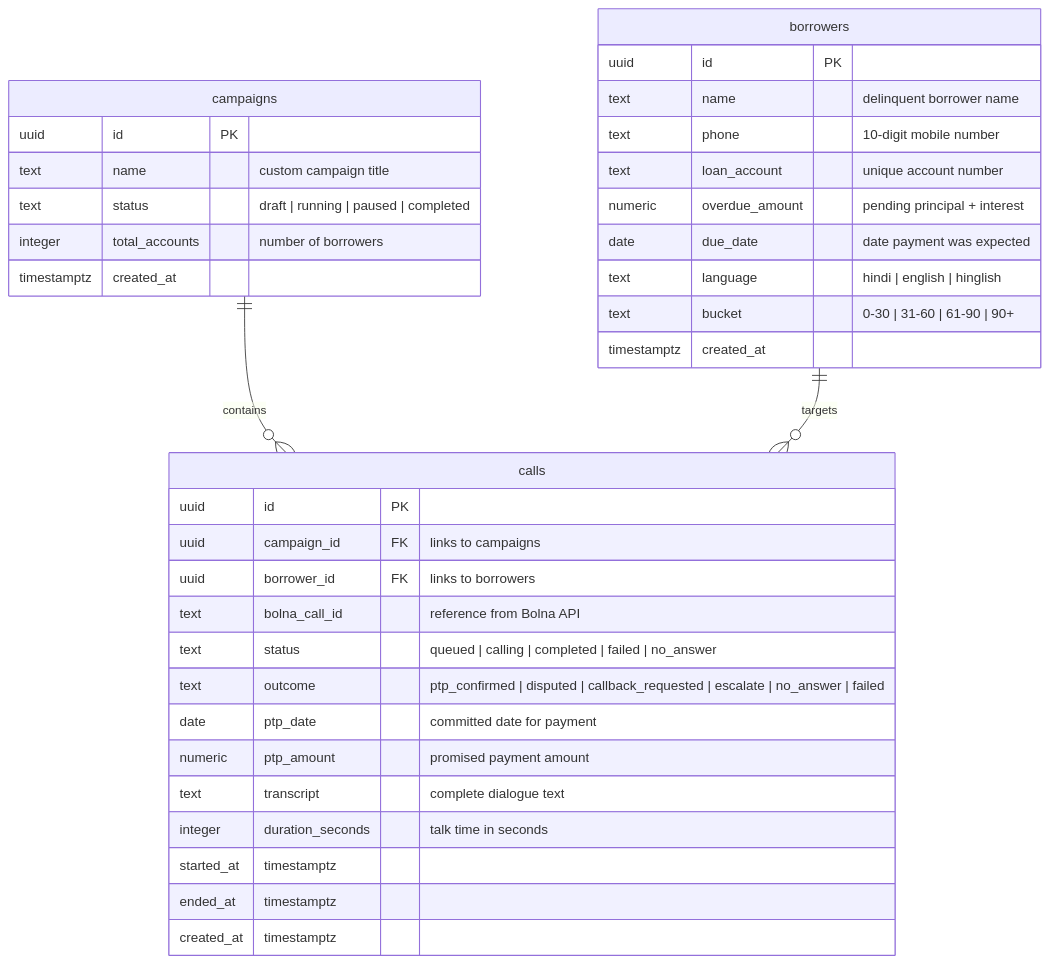
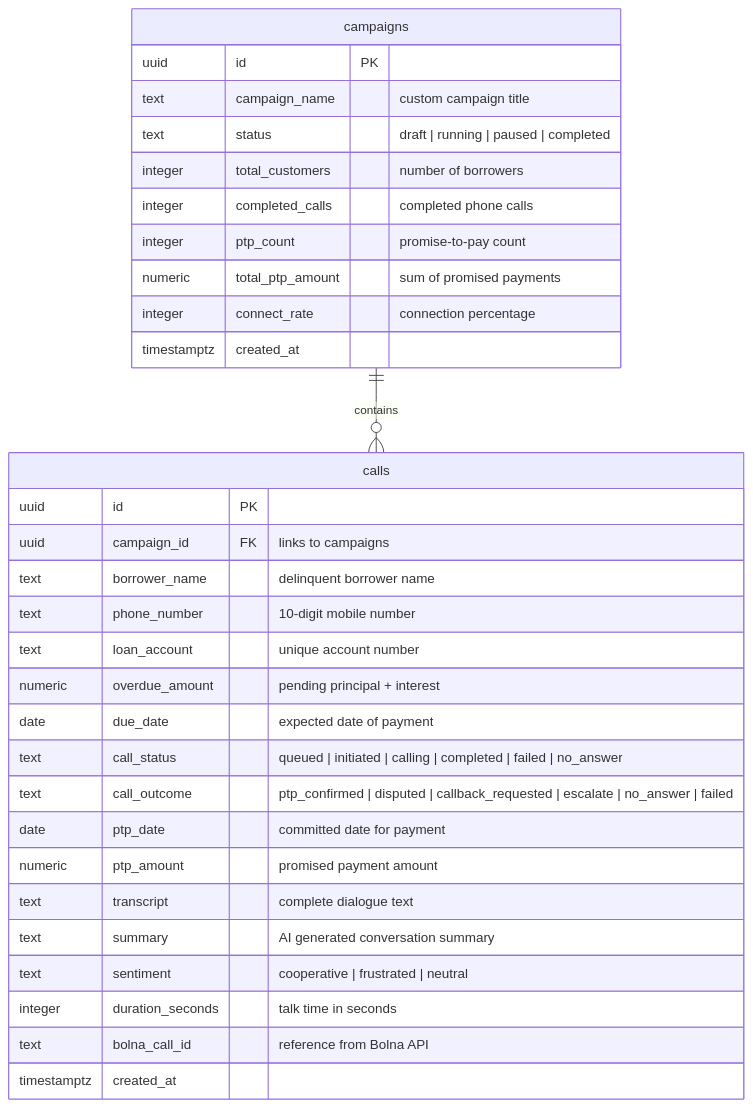
One commit to Manoj-0810/collectiq-ai-dashboard changed the second of 2 diagrams in README.md. Above: the diagram before and after it, drawn with Mermaid. The commit also changed other lines of this file and 9 other files, not shown here.

Commit message:
fix(api): fix trigger call stream bug, align UploadPage and schema.sql with active DB structure, update README documentation

````diff
--- a/README.md
+++ b/README.md
@@ -58,38 +66,34 @@
 ```mermaid
 erDiagram
-    borrowers {
-        uuid id PK
-        text name "delinquent borrower name"
-        text phone "10-digit mobile number"
-        text loan_account "unique account number"
-        numeric overdue_amount "pending principal + interest"
-        date due_date "date payment was expected"
-        text language "hindi | english | hinglish"
-        text bucket "0-30 | 31-60 | 61-90 | 90+"
-        timestamptz created_at
-    }
     campaigns {
         uuid id PK
-        text name "custom campaign title"
+        text campaign_name "custom campaign title"
         text status "draft | running | paused | completed"
-        integer total_accounts "number of borrowers"
+        integer total_customers "number of borrowers"
+        integer completed_calls "completed phone calls"
+        integer ptp_count "promise-to-pay count"
+        numeric total_ptp_amount "sum of promised payments"
+        integer connect_rate "connection percentage"
         timestamptz created_at
     }
     calls {
         uuid id PK
         uuid campaign_id FK "links to campaigns"
-        uuid borrower_id FK "links to borrowers"
-        text bolna_call_id "reference from Bolna API"
-        text status "queued | calling | completed | failed | no_answer"
-        text outcome "ptp_confirmed | disputed | callback_requested | escalate | no_answer | failed"
+        text borrower_name "delinquent borrower name"
+        text phone_number "10-digit mobile number"
+        text loan_account "unique account number"
+        numeric overdue_amount "pending principal + interest"
+        date due_date "expected date of payment"
+        text call_status "queued | initiated | calling | completed | failed | no_answer"
+        text call_outcome "ptp_confirmed | disputed | callback_requested | escalate | no_answer | failed"
         date ptp_date "committed date for payment"
         numeric ptp_amount "promised payment amount"
         text transcript "complete dialogue text"
+        text summary "AI generated conversation summary"
+        text sentiment "cooperative | frustrated | neutral"
         integer duration_seconds "talk time in seconds"
-        started_at timestamptz
-        ended_at timestamptz
-        created_at timestamptz
+        text bolna_call_id "reference from Bolna API"
+        timestamptz created_at
     }
     campaigns ||--o{ calls : contains
-    borrowers ||--o{ calls : targets
 ```
````
